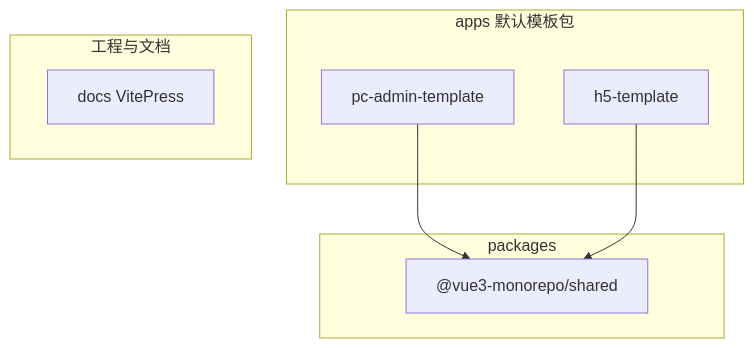
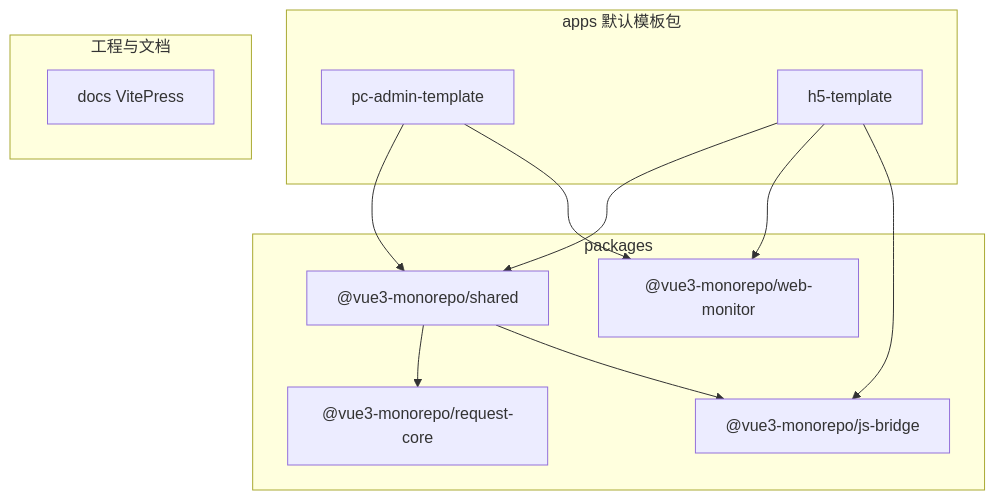
The diagram in docs/guide/architecture.md (YanivWang/vue3-monorepo), drawn with Mermaid before and after one commit. The commit also changed other lines of this file and 8 other files, not shown here.

````diff
--- a/docs/guide/architecture.md
+++ b/docs/guide/architecture.md
@@ -9,15 +9,23 @@
 ```mermaid
 flowchart TB
   subgraph apps [apps 默认模板包]
     admin[pc-admin-template]
     h5[h5-template]
   end
   subgraph packages [packages]
     shared["@vue3-monorepo/shared"]
+    rc["@vue3-monorepo/request-core"]
+    bridge["@vue3-monorepo/js-bridge"]
+    monitor["@vue3-monorepo/web-monitor"]
   end
   subgraph tooling [工程与文档]
     docsPkg[docs VitePress]
   end
   admin --> shared
+  admin --> monitor
   h5 --> shared
+  h5 --> monitor
+  h5 --> bridge
+  shared --> rc
+  shared --> bridge
 ```
````
